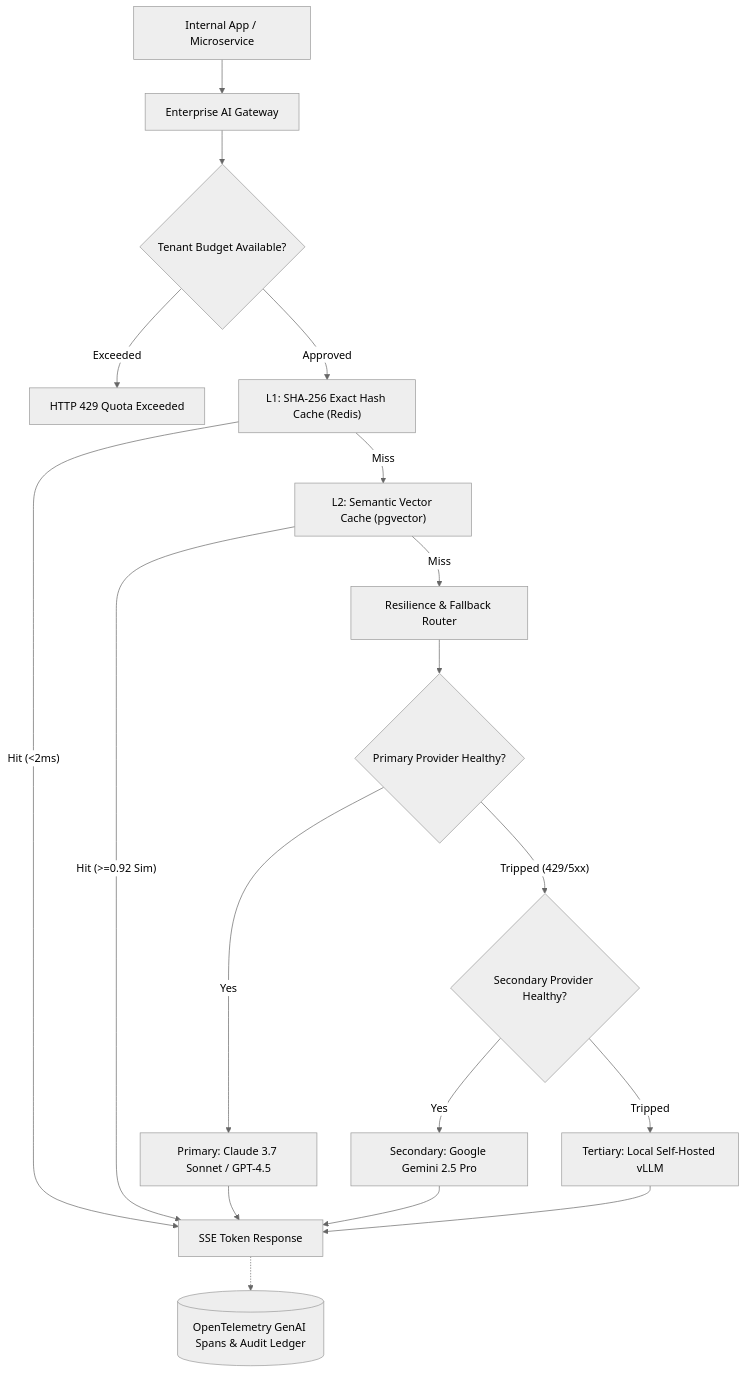
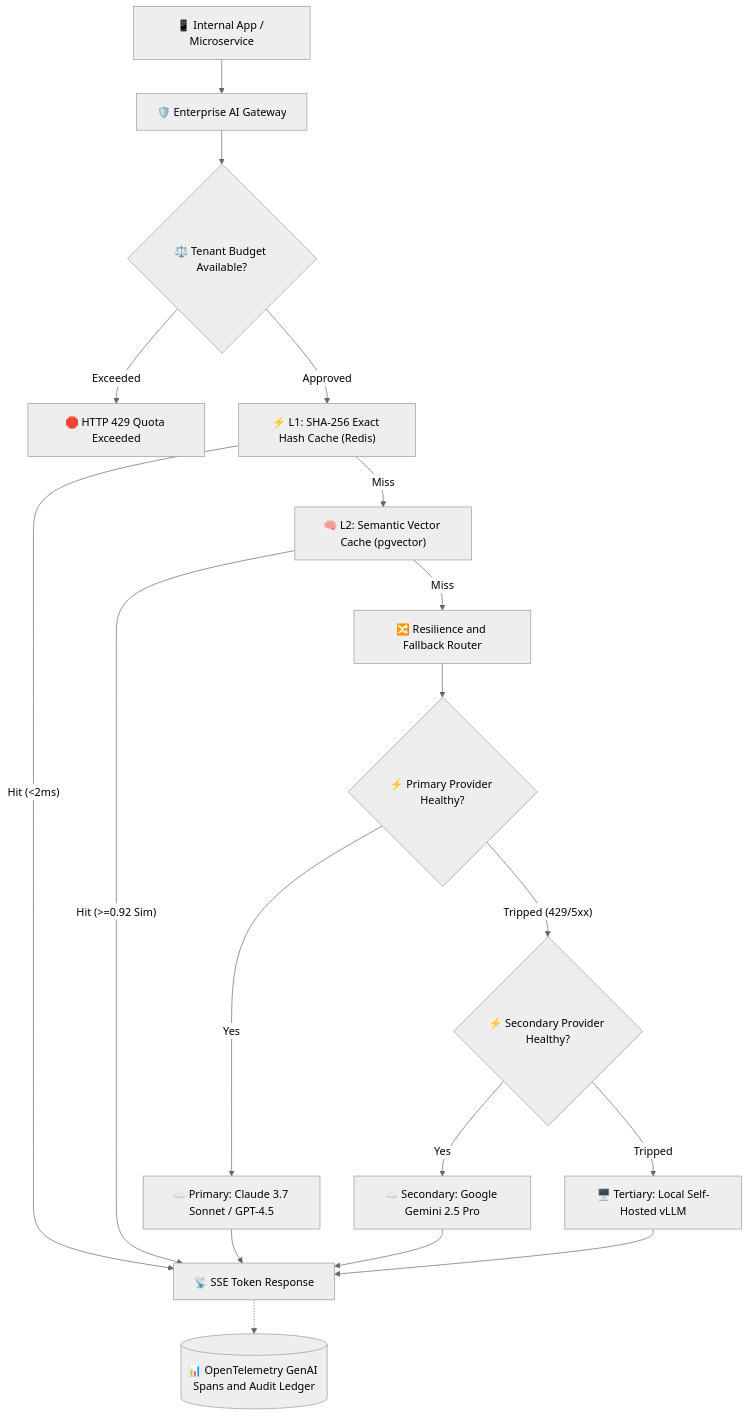
The sixth of 11 diagrams in architecture/enterprise-ai-system-designs.md (dip4k/senior-engineer-to-ai-engineer-roadmap), drawn with Mermaid (neutral theme) before and after one commit. The commit also changed other lines of this file and 94 other files, not shown here.

Commit message:
refactor(curriculum): complete Phase 04 upgrade and enforce diagram renderer invariants

````diff
--- a/architecture/enterprise-ai-system-designs.md
+++ b/architecture/enterprise-ai-system-designs.md
@@ -288,27 +288,27 @@
 ```mermaid
 flowchart TD
-    Client["Internal App / Microservice"] --> Gateway["Enterprise AI Gateway"]
+    Client["📱 Internal App / Microservice"] --> Gateway["🛡️ Enterprise AI Gateway"]
     
-    Gateway --> Quota{"Tenant Budget Available?"}
-    Quota -- "Exceeded" --> Err429["HTTP 429 Quota Exceeded"]
-    Quota -- "Approved" --> L1["L1: SHA-256 Exact Hash Cache (Redis)"]
+    Gateway --> Quota{"⚖️ Tenant Budget Available?"}
+    Quota -- "Exceeded" --> Err429["🛑 HTTP 429 Quota Exceeded"]
+    Quota -- "Approved" --> L1["⚡ L1: SHA-256 Exact Hash Cache (Redis)"]
     
-    L1 -- "Hit (<2ms)" --> Stream["SSE Token Response"]
-    L1 -- "Miss" --> L2["L2: Semantic Vector Cache (pgvector)"]
+    L1 -- "Hit (<2ms)" --> Stream["📡 SSE Token Response"]
+    L1 -- "Miss" --> L2["🧠 L2: Semantic Vector Cache (pgvector)"]
     
     L2 -- "Hit (>=0.92 Sim)" --> Stream
-    L2 -- "Miss" --> Router["Resilience & Fallback Router"]
+    L2 -- "Miss" --> Router["🔀 Resilience and Fallback Router"]
     
-    Router --> CB1{"Primary Provider Healthy?"}
-    CB1 -- "Yes" --> P1["Primary: Claude 3.7 Sonnet / GPT-4.5"]
-    CB1 -- "Tripped (429/5xx)" --> CB2{"Secondary Provider Healthy?"}
+    Router --> CB1{"⚡ Primary Provider Healthy?"}
+    CB1 -- "Yes" --> P1["☁️ Primary: Claude 3.7 Sonnet / GPT-4.5"]
+    CB1 -- "Tripped (429/5xx)" --> CB2{"⚡ Secondary Provider Healthy?"}
     
-    CB2 -- "Yes" --> P2["Secondary: Google Gemini 2.5 Pro"]
-    CB2 -- "Tripped" --> P3["Tertiary: Local Self-Hosted vLLM"]
+    CB2 -- "Yes" --> P2["☁️ Secondary: Google Gemini 2.5 Pro"]
+    CB2 -- "Tripped" --> P3["🖥️ Tertiary: Local Self-Hosted vLLM"]
     
     P1 --> Stream
     P2 --> Stream
     P3 --> Stream
     
-    Stream -.-> OTel[("OpenTelemetry GenAI Spans & Audit Ledger")]
+    Stream -.-> OTel[("📊 OpenTelemetry GenAI Spans and Audit Ledger")]
 ```
````
